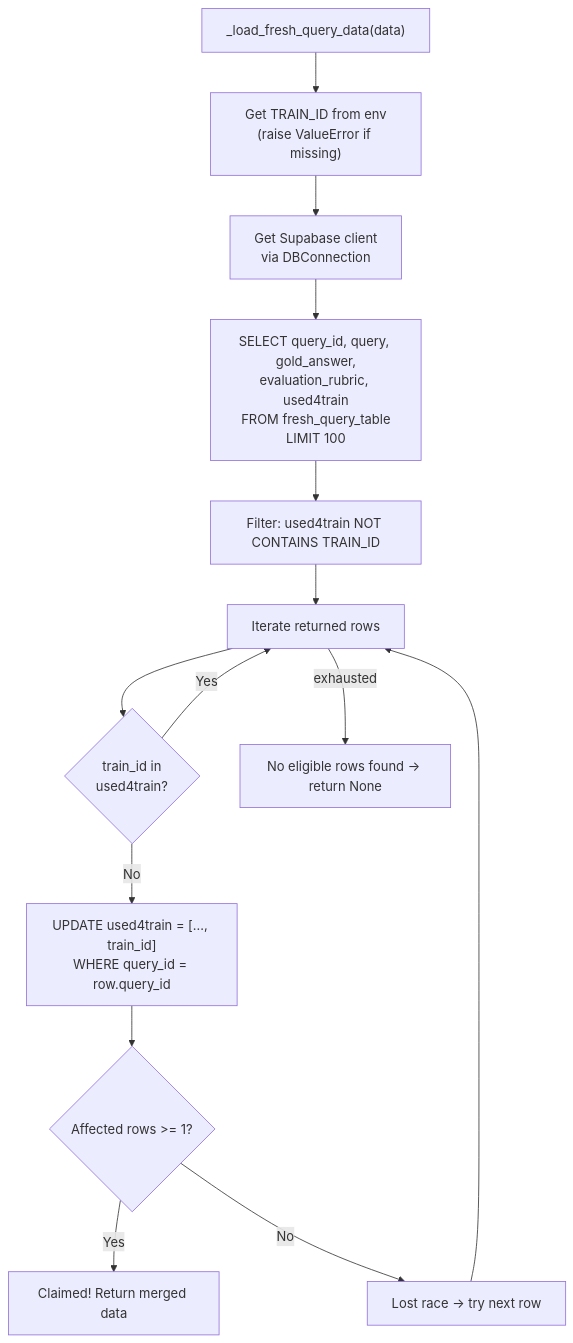
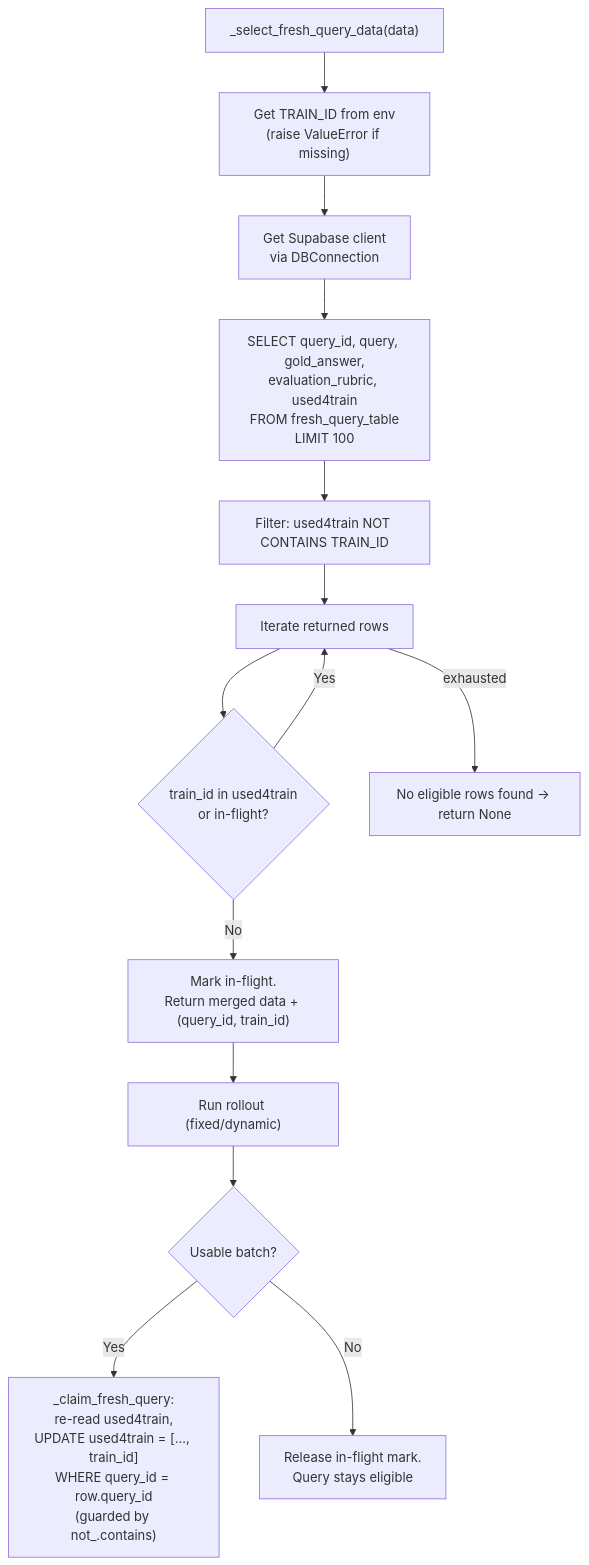
The seventh of 11 diagrams in customized_areal/tree_search/README.md (ketsuzhou/areal-ci), drawn with Mermaid before and after one commit. The commit also changed other lines of this file and 16 other files, not shown here.

````diff
--- a/customized_areal/tree_search/README.md
+++ b/customized_areal/tree_search/README.md
@@ -1087,23 +1091,24 @@
    ```mermaid
    flowchart TD
-       START["_load_fresh_query_data(data)"]
+       START["_select_fresh_query_data(data)"]
        ENV["Get TRAIN_ID from env<br/>(raise ValueError if missing)"]
        CLIENT["Get Supabase client<br/>via DBConnection"]
        SELECT["SELECT query_id, query, gold_answer,<br/>evaluation_rubric, used4train<br/>FROM fresh_query_table<br/>LIMIT 100"]
        FILTER["Filter: used4train NOT CONTAINS TRAIN_ID"]
        ROWS["Iterate returned rows"]
-       SKIP{"train_id in<br/>used4train?"}
-       CLAIM["UPDATE used4train = [..., train_id]<br/>WHERE query_id = row.query_id"]
-       RACE{"Affected rows >= 1?"}
-       WIN["Claimed! Return merged data"]
-       LOSE["Lost race → try next row"]
+       SKIP{"train_id in used4train<br/>or in-flight?"}
+       PICK["Mark in-flight.<br/>Return merged data + (query_id, train_id)"]
        EXHAUSTED["No eligible rows found → return None"]
+       ROLL["Run rollout (fixed/dynamic)"]
+       OK{"Usable batch?"}
+       CLAIM["_claim_fresh_query:<br/>re-read used4train,<br/>UPDATE used4train = [..., train_id]<br/>WHERE query_id = row.query_id<br/>(guarded by not_.contains)"]
+       FREE["Release in-flight mark.<br/>Query stays eligible"]
 
        START --> ENV --> CLIENT --> SELECT --> FILTER --> ROWS
        ROWS --> SKIP
        SKIP -- Yes --> ROWS
-       SKIP -- No --> CLAIM --> RACE
-       RACE -- Yes --> WIN
-       RACE -- No --> LOSE --> ROWS
+       SKIP -- No --> PICK --> ROLL --> OK
        ROWS -- exhausted --> EXHAUSTED
+       OK -- Yes --> CLAIM
+       OK -- No --> FREE
    ```
````
